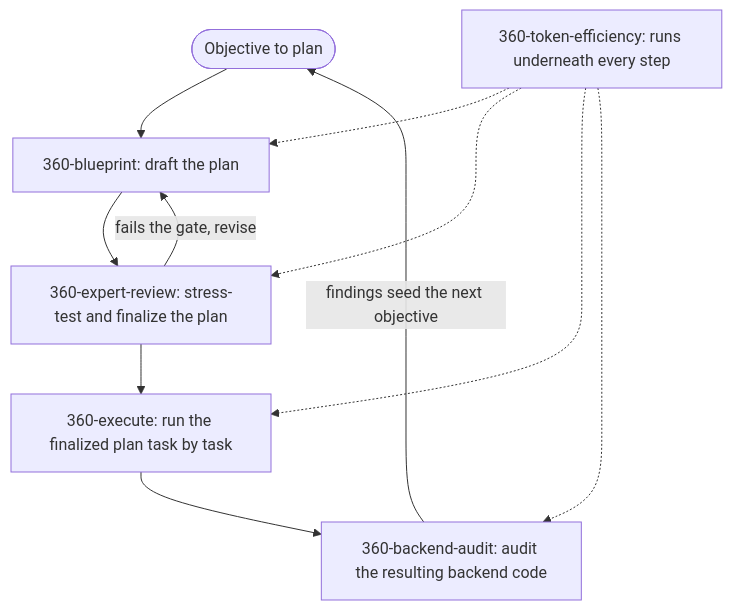
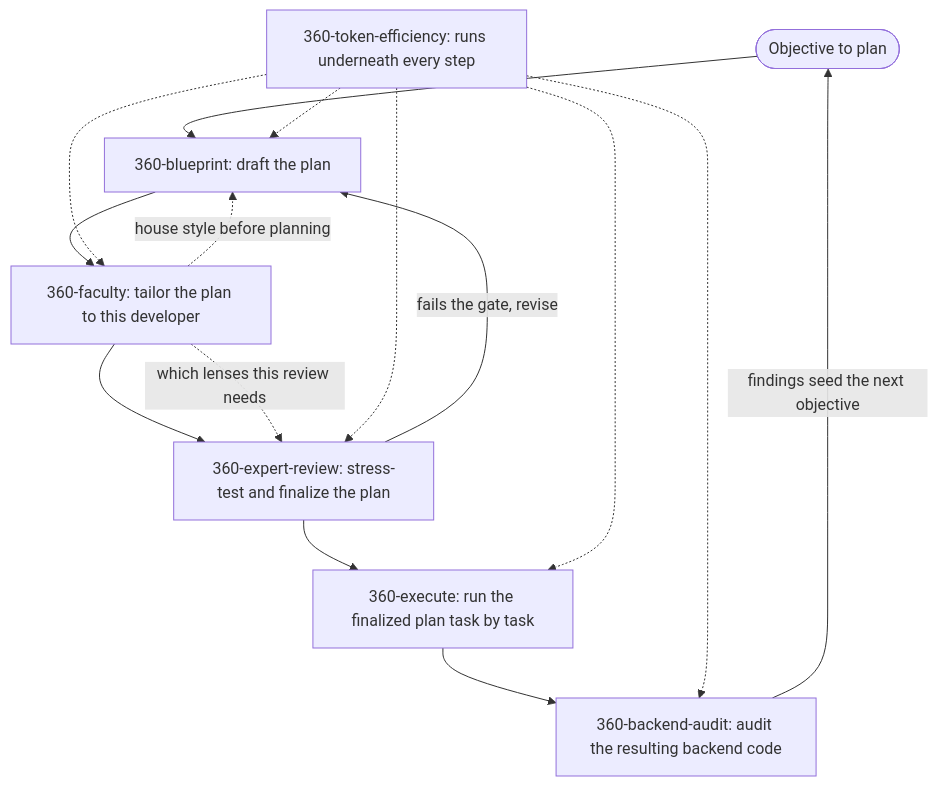
Before and after one commit to shahabahreini/360-skills: the diagram in README.md, drawn with Mermaid. The commit also changed other lines of this file and 6 other files, not shown here.

First line of the commit message:
feat(skills): add 360-faculty skill for expert team tailoring

````diff
--- a/README.md
+++ b/README.md
@@ -47,14 +51,19 @@
 ```mermaid
 flowchart TD
     Objective([Objective to plan]) --> Blueprint["360-blueprint: draft the plan"]
-    Blueprint --> Review["360-expert-review: stress-test and finalize the plan"]
+    Blueprint --> Faculty["360-faculty: tailor the plan to this developer"]
+    Faculty --> Review["360-expert-review: stress-test and finalize the plan"]
     Review -->|fails the gate, revise| Blueprint
     Review --> Execute["360-execute: run the finalized plan task by task"]
     Execute --> Audit["360-backend-audit: audit the resulting backend code"]
     Audit -->|findings seed the next objective| Objective
 
+    Faculty -.->|house style before planning| Blueprint
+    Faculty -.->|which lenses this review needs| Review
+
     Efficiency["360-token-efficiency: runs underneath every step"] -.-> Blueprint
+    Efficiency -.-> Faculty
     Efficiency -.-> Review
     Efficiency -.-> Execute
     Efficiency -.-> Audit
 ```
````
